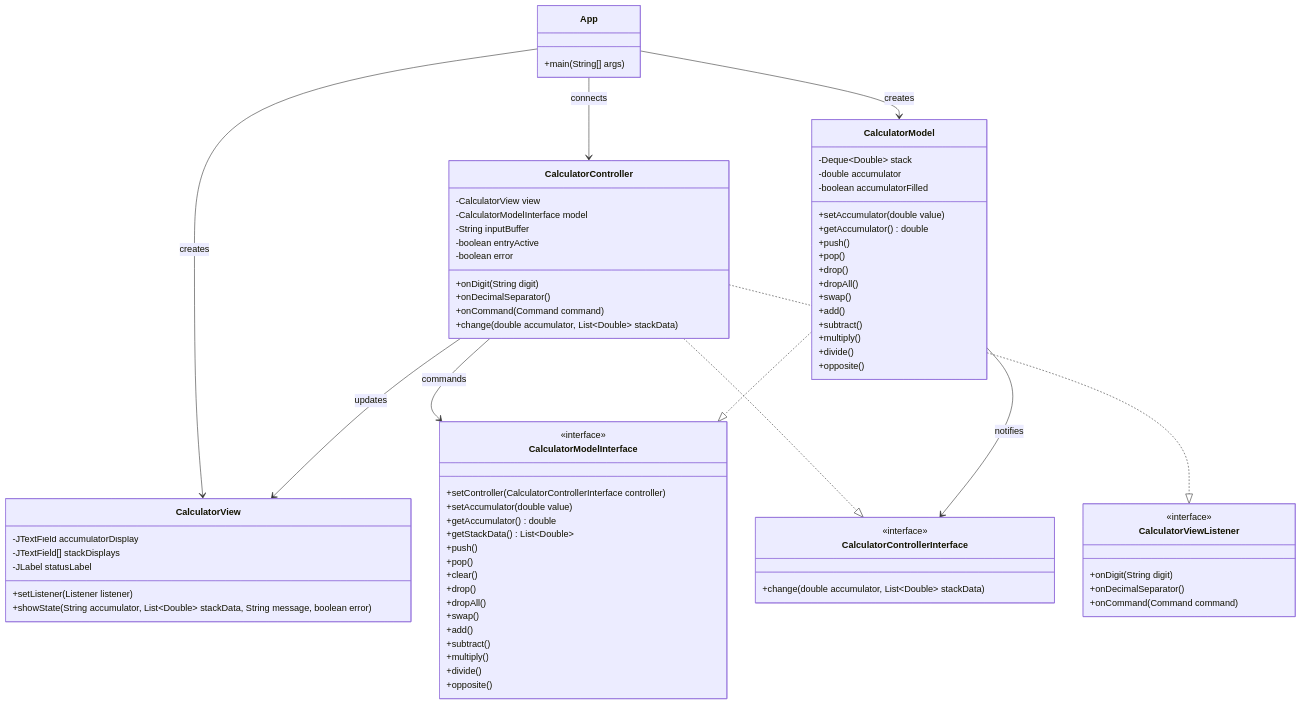
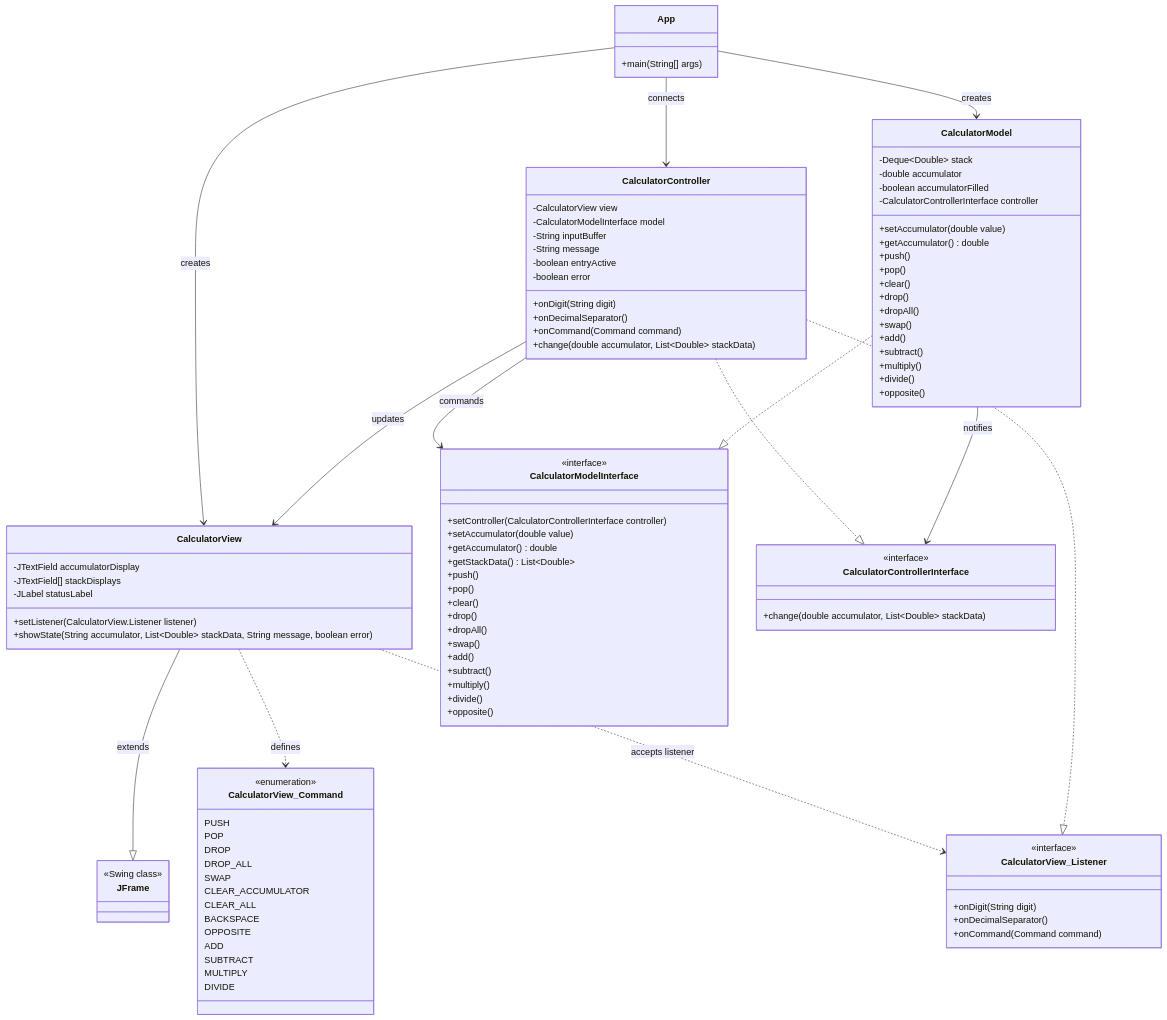
Before and after one commit to AndersonStick/Calculatrice: the third of 6 diagrams in DIAGRAMS.md, drawn with Mermaid. The commit also changed other lines of this file, not shown here.

Commit message:
[FIX] Diagrams with modifications

````diff
--- a/DIAGRAMS.md
+++ b/DIAGRAMS.md
@@ -76,14 +80,36 @@
         -JTextField accumulatorDisplay
         -JTextField[] stackDisplays
         -JLabel statusLabel
-        +setListener(Listener listener)
+        +setListener(CalculatorView.Listener listener)
         +showState(String accumulator, List~Double~ stackData, String message, boolean error)
+    }
+
+    class JFrame {
+        <<Swing class>>
+    }
+
+    class CalculatorView_Command {
+        <<enumeration>>
+        PUSH
+        POP
+        DROP
+        DROP_ALL
+        SWAP
+        CLEAR_ACCUMULATOR
+        CLEAR_ALL
+        BACKSPACE
+        OPPOSITE
+        ADD
+        SUBTRACT
+        MULTIPLY
+        DIVIDE
     }
 
     class CalculatorController {
         -CalculatorView view
         -CalculatorModelInterface model
         -String inputBuffer
+        -String message
         -boolean entryActive
         -boolean error
         +onDigit(String digit)
@@ -96,10 +122,12 @@
         -Deque~Double~ stack
         -double accumulator
         -boolean accumulatorFilled
+        -CalculatorControllerInterface controller
         +setAccumulator(double value)
         +getAccumulator() double
         +push()
         +pop()
+        +clear()
         +drop()
         +dropAll()
         +swap()
@@ -134,7 +162,7 @@
         +change(double accumulator, List~Double~ stackData)
     }
 
-    class CalculatorViewListener {
+    class CalculatorView_Listener {
         <<interface>>
         +onDigit(String digit)
         +onDecimalSeparator()
@@ -144,10 +172,13 @@
     App --> CalculatorView : creates
     App --> CalculatorModel : creates
     App --> CalculatorController : connects
+    CalculatorView --|> JFrame : extends
+    CalculatorView ..> CalculatorView_Command : defines
     CalculatorController --> CalculatorView : updates
+    CalculatorView ..> CalculatorView_Listener : accepts listener
     CalculatorController --> CalculatorModelInterface : commands
     CalculatorModel ..|> CalculatorModelInterface
     CalculatorController ..|> CalculatorControllerInterface
-    CalculatorController ..|> CalculatorViewListener
+    CalculatorController ..|> CalculatorView_Listener
     CalculatorModel --> CalculatorControllerInterface : notifies
 ```
````
